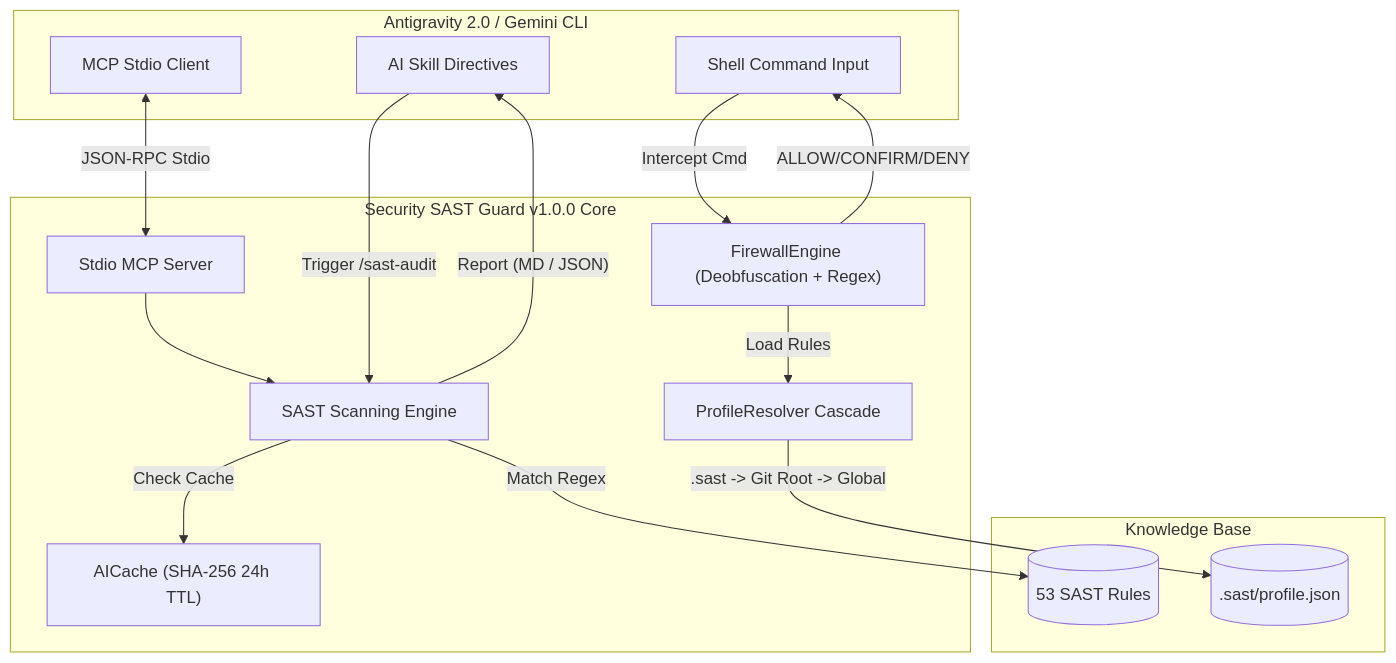
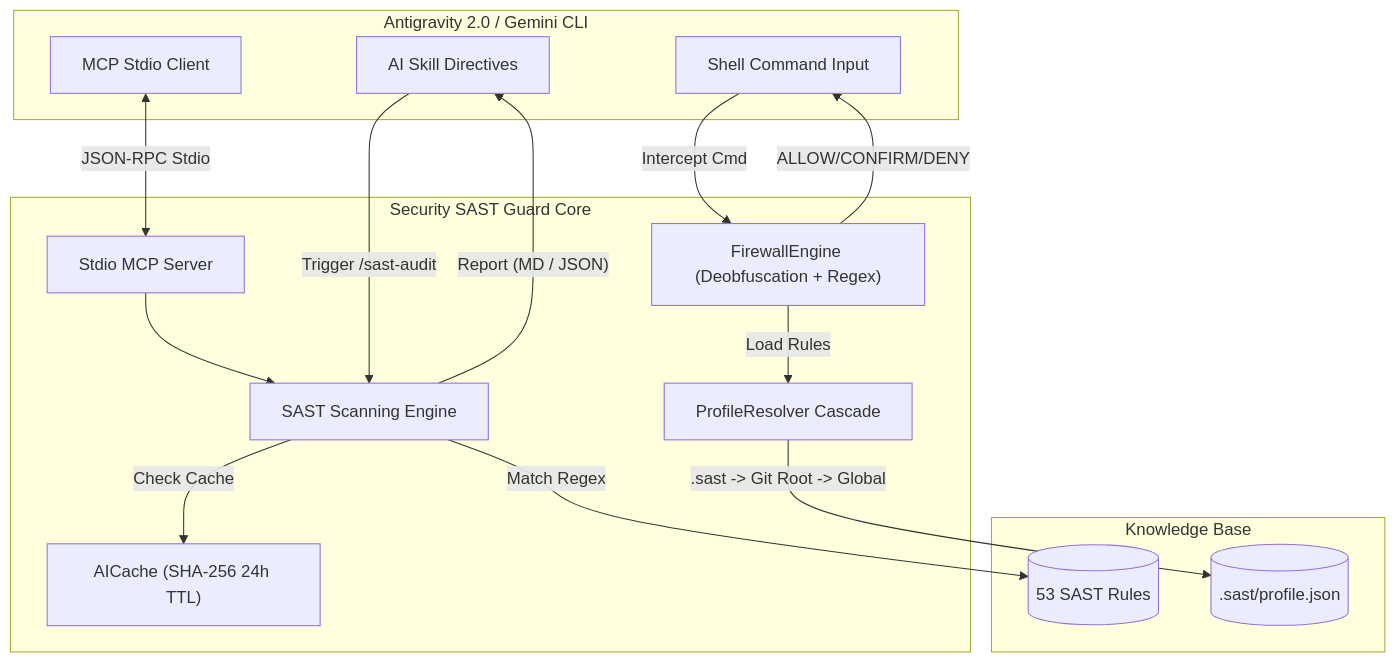
One commit to nguyenduydan/security-sast-guard-plugin changed the diagram in README.md. Above: the diagram before and after it, drawn with Mermaid. The commit also changed other lines of this file, not shown here.

````diff
--- a/README.md
+++ b/README.md
@@ -94,34 +94,35 @@
 ```mermaid
 flowchart TD
     subgraph Client["Antigravity 2.0 / Gemini CLI"]
         UserCmd["Shell Command Input"]
         AISkill["AI Skill Directives"]
         MCPClient["MCP Stdio Client"]
     end
 
-    subgraph SecurityGuard["Security SAST Guard v1.0.0 Core"]
+    subgraph SecurityGuard["Security SAST Guard Core"]
+
         Firewall["FirewallEngine (Deobfuscation + Regex)"]
         Scanner["SAST Scanning Engine"]
         MCPServer["Stdio MCP Server"]
         Resolver["ProfileResolver Cascade"]
         AICache["AICache (SHA-256 24h TTL)"]
     end
 
     subgraph Storage["Knowledge Base"]
         RuleDB[("53 SAST Rules")]
         LocalProfile[(".sast/profile.json")]
     end
 
     UserCmd -->|"Intercept Cmd"| Firewall
     Firewall -->|"Load Rules"| Resolver
     Resolver -->|".sast -> Git Root -> Global"| LocalProfile
     Firewall -->|"ALLOW/CONFIRM/DENY"| UserCmd
 
     MCPClient <-->|"JSON-RPC Stdio"| MCPServer
     MCPServer --> Scanner
 
     AISkill -->|"Trigger /sast-audit"| Scanner
     Scanner -->|"Match Regex"| RuleDB
     Scanner -->|"Check Cache"| AICache
     Scanner -->|"Report (MD / JSON)"| AISkill
 ```
````
